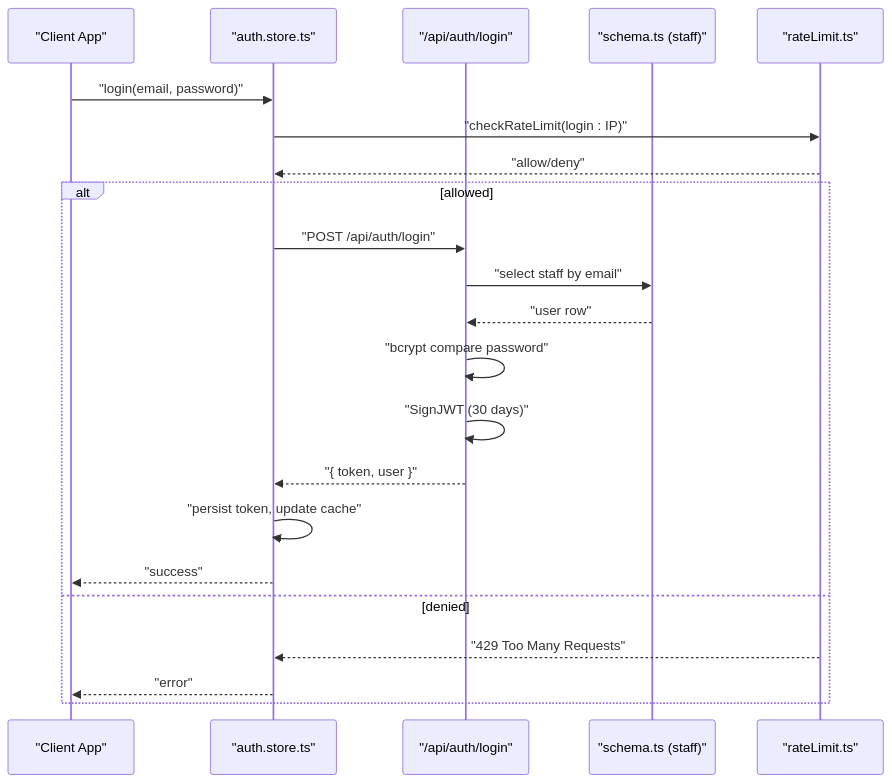
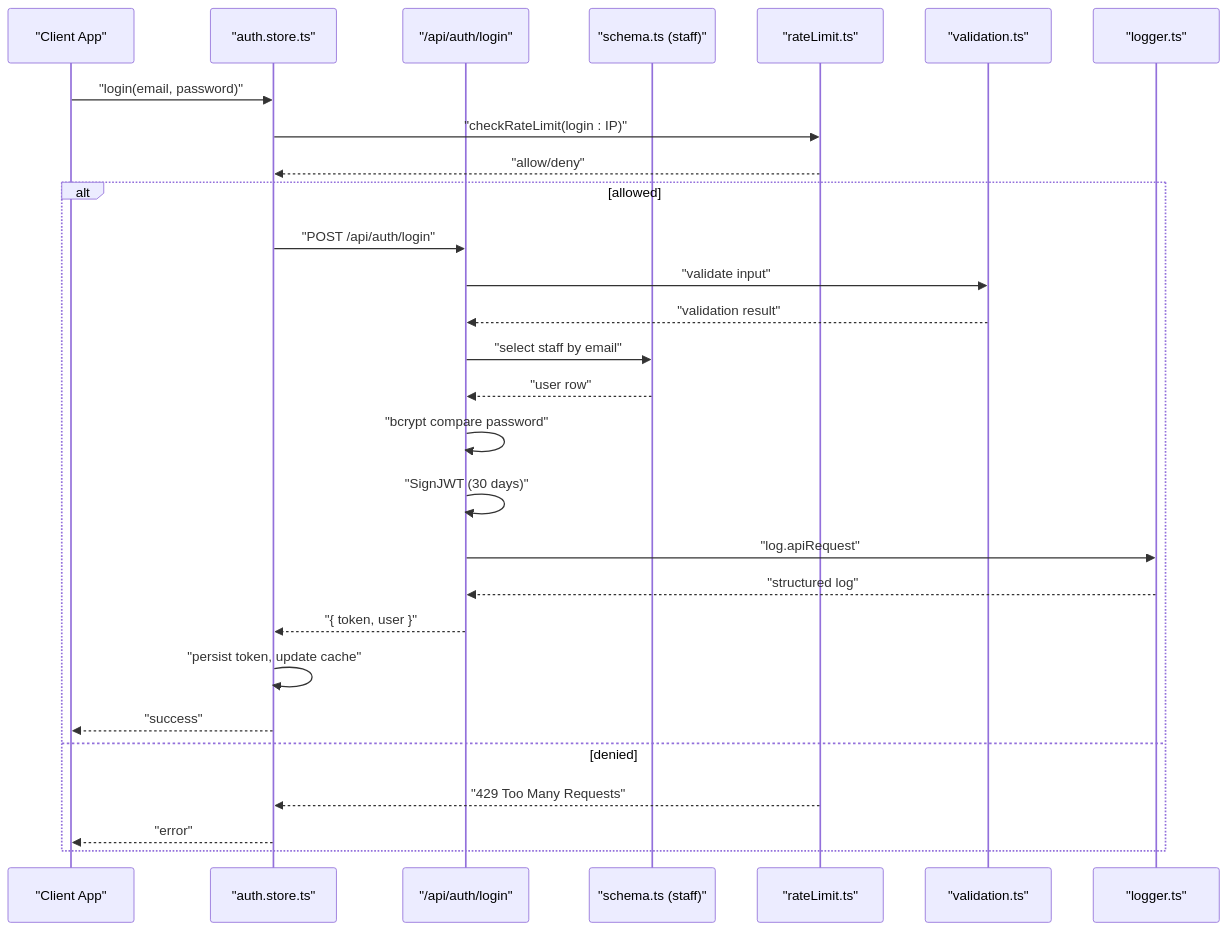
One commit to riod94/ngepos changed the second of 3 diagrams in .qoder/repowiki/en/content/API Reference/Authentication API.md. Above: the diagram before and after it, drawn with Mermaid. The commit also changed other lines of this file and 51 other files, not shown here.

````diff
--- a/.qoder/repowiki/en/content/API Reference/Authentication API.md
+++ b/.qoder/repowiki/en/content/API Reference/Authentication API.md
@@ -127,24 +161,30 @@
 ```mermaid
 sequenceDiagram
 participant Client as "Client App"
 participant Store as "auth.store.ts"
 participant Login as "/api/auth/login"
 participant DB as "schema.ts (staff)"
 participant RL as "rateLimit.ts"
+participant VL as "validation.ts"
+participant LG as "logger.ts"
 Client->>Store : "login(email, password)"
 Store->>RL : "checkRateLimit(login : IP)"
 RL-->>Store : "allow/deny"
 alt allowed
 Store->>Login : "POST /api/auth/login"
+Login->>VL : "validate input"
+VL-->>Login : "validation result"
 Login->>DB : "select staff by email"
 DB-->>Login : "user row"
 Login->>Login : "bcrypt compare password"
 Login->>Login : "SignJWT (30 days)"
+Login->>LG : "log.apiRequest"
+LG-->>Login : "structured log"
 Login-->>Store : "{ token, user }"
 Store->>Store : "persist token, update cache"
 Store-->>Client : "success"
 else denied
 RL-->>Store : "429 Too Many Requests"
 Store-->>Client : "error"
 end
 ```
````
